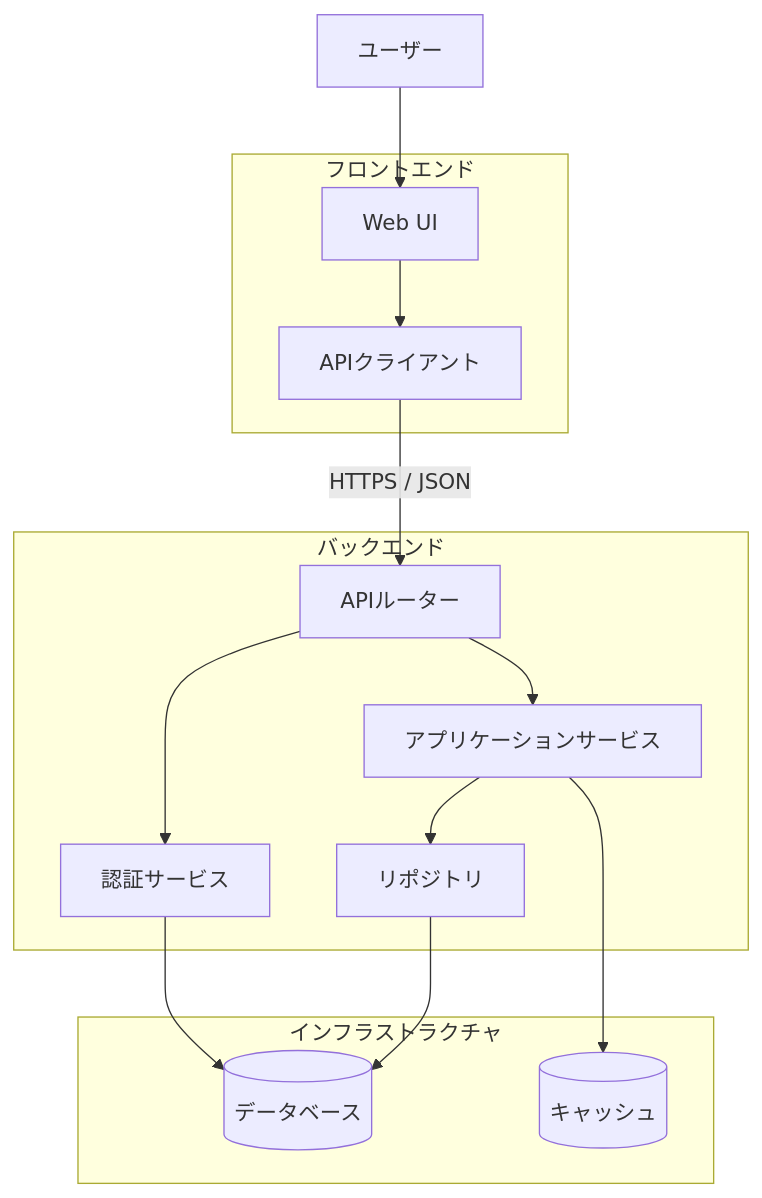
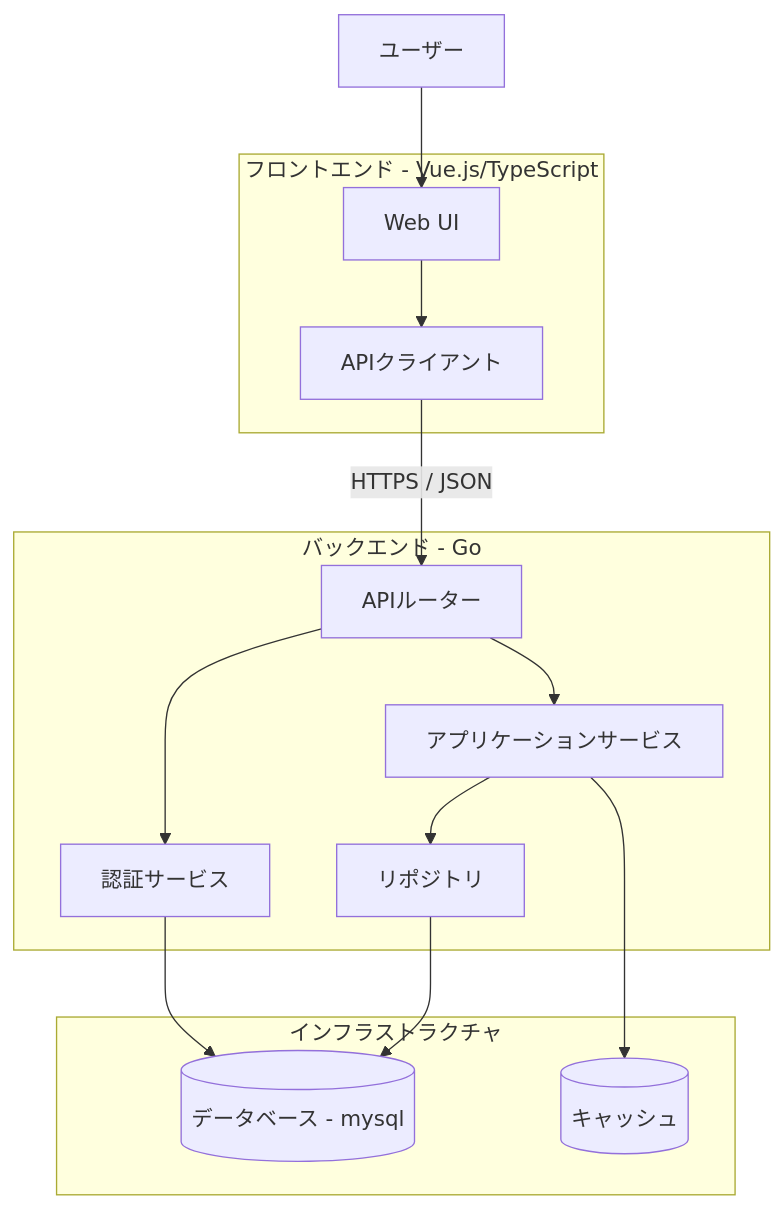
Before and after one commit to pghk57/JugTechTree: the diagram in docs/software_architecture.md, drawn with Mermaid.

Commit message:
update: フロントエンド、バックエンド、データベースの使用言語の仮決定

````diff
--- a/docs/software_architecture.md
+++ b/docs/software_architecture.md
@@ -8,33 +8,33 @@
 ```mermaid
 flowchart TB
     User["ユーザー"]
 
-    subgraph Frontend["フロントエンド"]
+    subgraph Frontend["フロントエンド - Vue.js/TypeScript"]
         UI["Web UI"]
         Client["APIクライアント"]
         UI --> Client
     end
 
-    subgraph Backend["バックエンド"]
+    subgraph Backend["バックエンド - Go"]
         Router["APIルーター"]
         Auth["認証サービス"]
         App["アプリケーションサービス"]
         Repo["リポジトリ"]
         Router --> Auth
         Router --> App
         App --> Repo
     end
 
     subgraph Infrastructure["インフラストラクチャ"]
-        DB[("データベース")]
+        DB[("データベース - mysql")]
         Cache[("キャッシュ")]
     end
 
     User --> UI
     Client -->|"HTTPS / JSON"| Router
     Auth --> DB
     Repo --> DB
     App --> Cache
 
 
 ```
````
